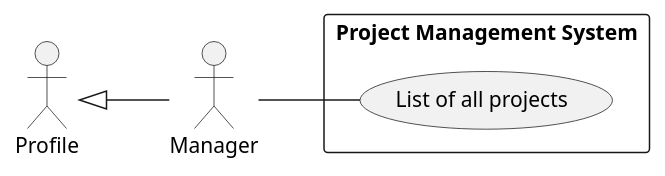
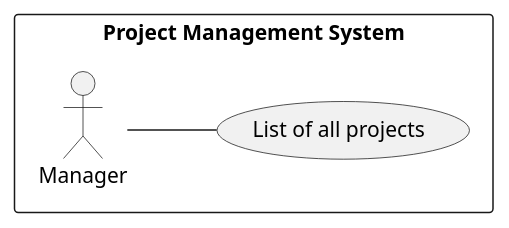
One commit to ivo-menezes/project_g3 changed the diagram in docs/modelling_design/user_stories/us015/US015_ListAllProjectsUCD.puml. Above: the diagram before and after it, drawn with PlantUML. The commit also changed 1 other file, not shown here.

```diff
--- a/docs/modelling_design/user_stories/us015/US015_ListAllProjectsUCD.puml
+++ b/docs/modelling_design/user_stories/us015/US015_ListAllProjectsUCD.puml
@@ -1,13 +1,10 @@
 @startuml
 left to right direction
-
-:Profile: as Profile
-Profile <|-- :Manager:
 
 rectangle "Project Management System"{
 
 :Manager: as Manager
 Manager -- (List of all projects)
 
 }
 @enduml
```
